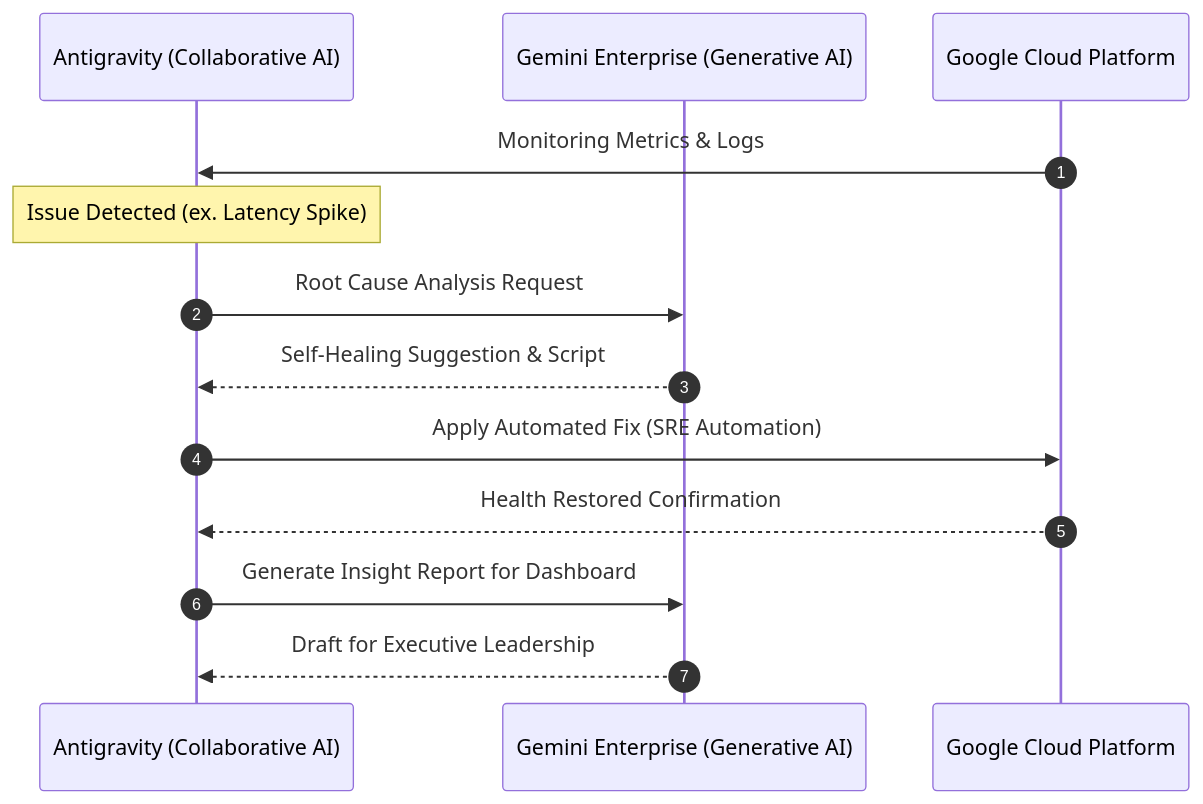
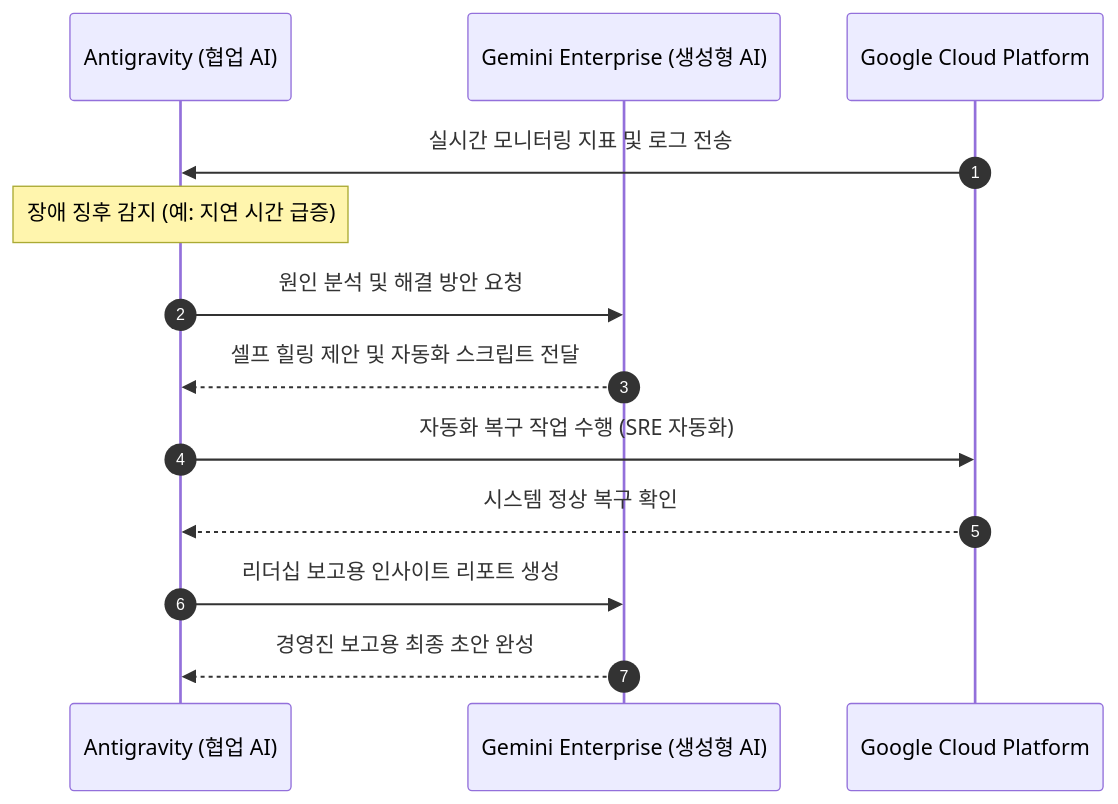
The second of 2 diagrams in content/posts/2026-03-27-cloud-strategy-phase-1.md (NSoft-America-Inc/NSoft-America-Inc.github.io), drawn with Mermaid before and after one commit. The commit also changed other lines of this file and 1 other file, not shown here.

Commit message:
feat(report-writer): mandate Korean language for all visual assets

````diff
--- a/content/posts/2026-03-27-cloud-strategy-phase-1.md
+++ b/content/posts/2026-03-27-cloud-strategy-phase-1.md
@@ -144,16 +144,16 @@
 ```mermaid
 sequenceDiagram
     autonumber
-    participant AG as Antigravity (Collaborative AI)
-    participant GE as Gemini Enterprise (Generative AI)
+    participant AG as Antigravity (협업 AI)
+    participant GE as Gemini Enterprise (생성형 AI)
     participant GCP as Google Cloud Platform
     
-    GCP->>AG: Monitoring Metrics & Logs
-    Note over AG: Issue Detected (ex. Latency Spike)
-    AG->>GE: Root Cause Analysis Request
-    GE-->>AG: Self-Healing Suggestion & Script
-    AG->>GCP: Apply Automated Fix (SRE Automation)
-    GCP-->>AG: Health Restored Confirmation
-    AG->>GE: Generate Insight Report for Dashboard
-    GE-->>AG: Draft for Executive Leadership
+    GCP->>AG: 실시간 모니터링 지표 및 로그 전송
+    Note over AG: 장애 징후 감지 (예: 지연 시간 급증)
+    AG->>GE: 원인 분석 및 해결 방안 요청
+    GE-->>AG: 셀프 힐링 제안 및 자동화 스크립트 전달
+    AG->>GCP: 자동화 복구 작업 수행 (SRE 자동화)
+    GCP-->>AG: 시스템 정상 복구 확인
+    AG->>GE: 리더십 보고용 인사이트 리포트 생성
+    GE-->>AG: 경영진 보고용 최종 초안 완성
 ```
````
